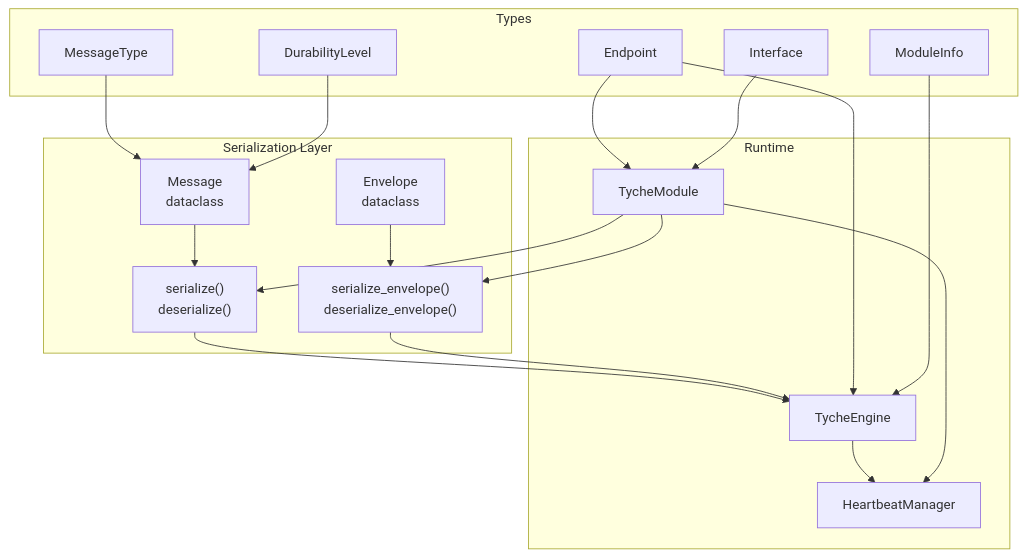
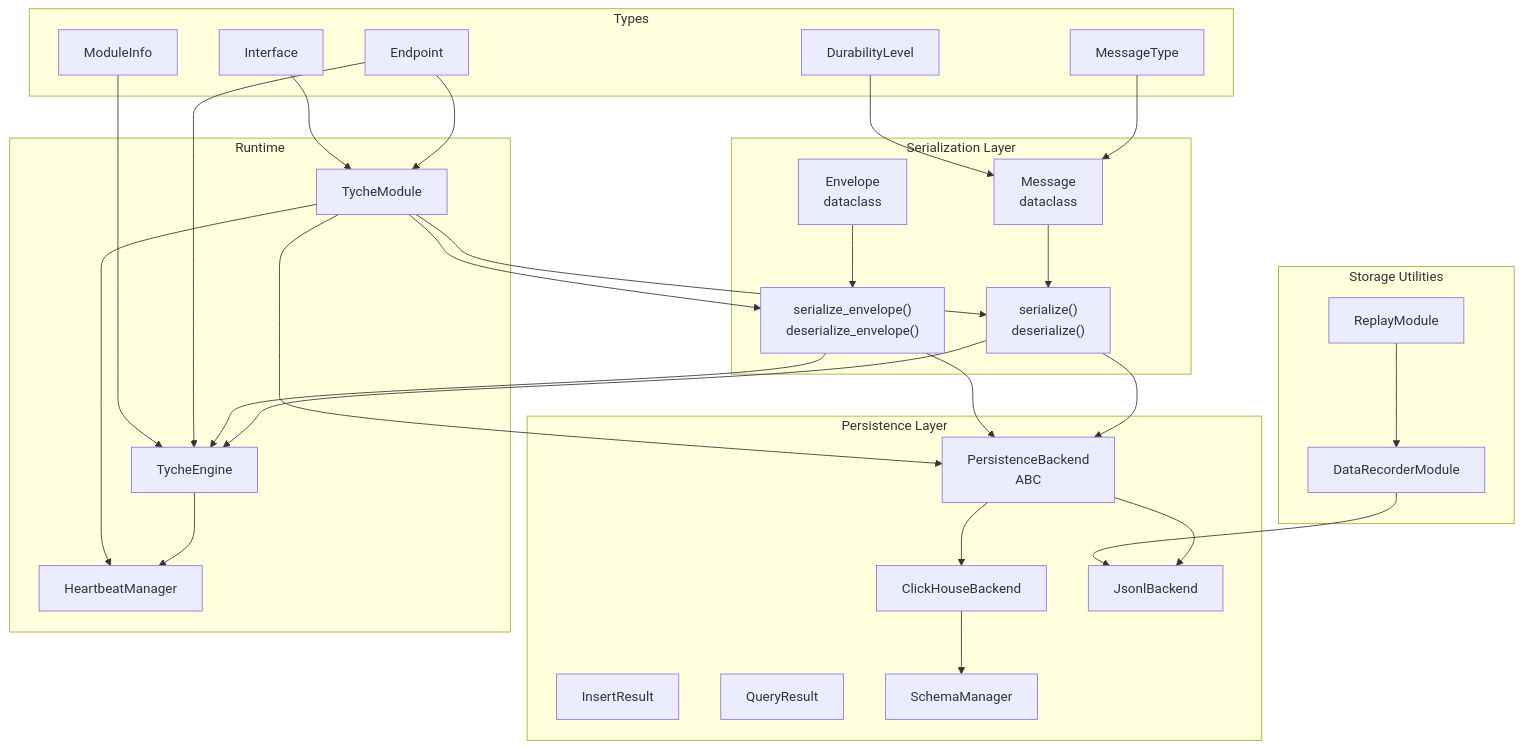
Before and after one commit to zt281/TycheEngine: the first of 15 diagrams in .qoder/repowiki/en/content/Message System.md, drawn with Mermaid. The commit also changed other lines of this file and 11 other files, not shown here.

````diff
--- a/.qoder/repowiki/en/content/Message System.md
+++ b/.qoder/repowiki/en/content/Message System.md
@@ -45,35 +69,55 @@
 ```mermaid
 graph TB
 subgraph "Serialization Layer"
 MSG["Message<br/>dataclass"]
 ENV["Envelope<br/>dataclass"]
 SER["serialize()<br/>deserialize()"]
 ENVSER["serialize_envelope()<br/>deserialize_envelope()"]
 end
 subgraph "Types"
 MT["MessageType"]
 DL["DurabilityLevel"]
 EP["Endpoint"]
 IF["Interface"]
 MI["ModuleInfo"]
 end
+subgraph "Persistence Layer"
+PB["PersistenceBackend<br/>ABC"]
+IR["InsertResult"]
+QR["QueryResult"]
+CK["ClickHouseBackend"]
+JL["JsonlBackend"]
+SM["SchemaManager"]
+end
+subgraph "Storage Utilities"
+REC["DataRecorderModule"]
+REP["ReplayModule"]
+end
 subgraph "Runtime"
 ENG["TycheEngine"]
 MOD["TycheModule"]
 HB["HeartbeatManager"]
 end
 MSG --> SER
 ENV --> ENVSER
+SER --> PB
+ENVSER --> PB
+PB --> CK
+PB --> JL
+CK --> SM
 SER --> ENG
 ENVSER --> ENG
 MOD --> SER
 MOD --> ENVSER
+MOD --> PB
 ENG --> HB
 MOD --> HB
 MT --> MSG
 DL --> MSG
 EP --> ENG
 EP --> MOD
 IF --> MOD
 MI --> ENG
+REC --> JL
+REP --> REC
 ```
````
